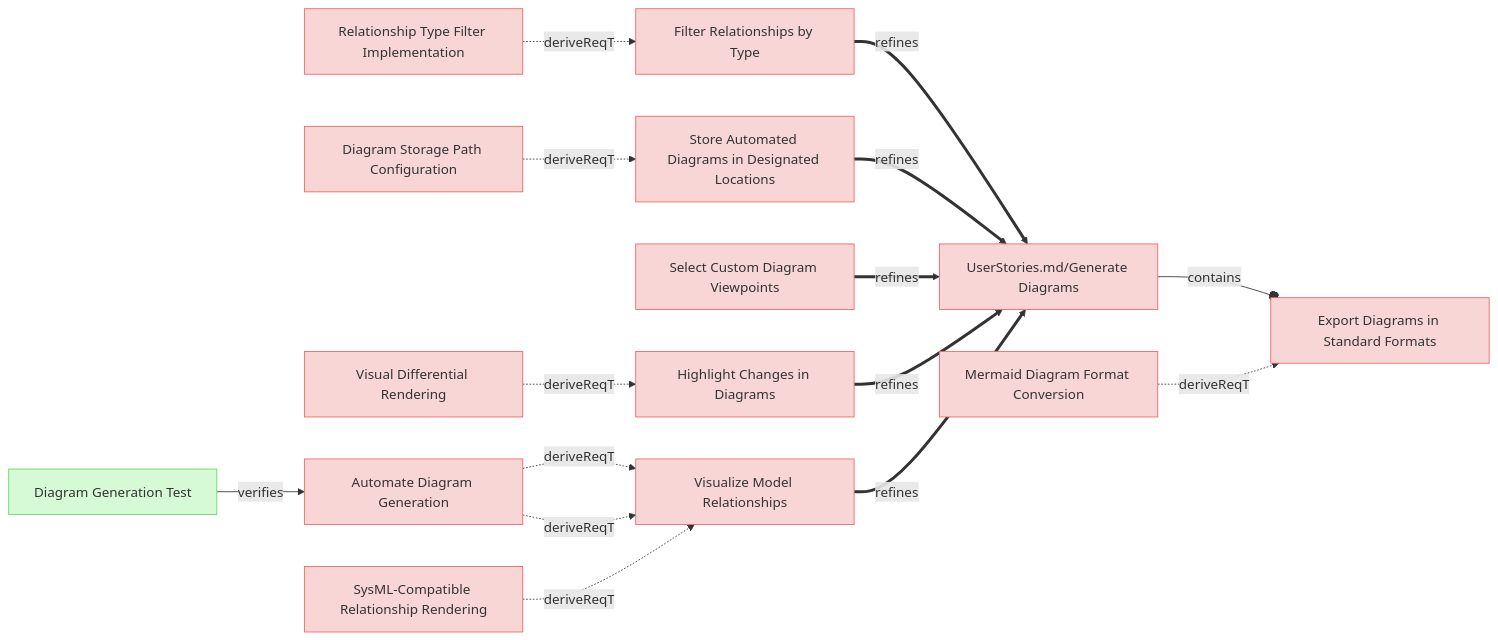
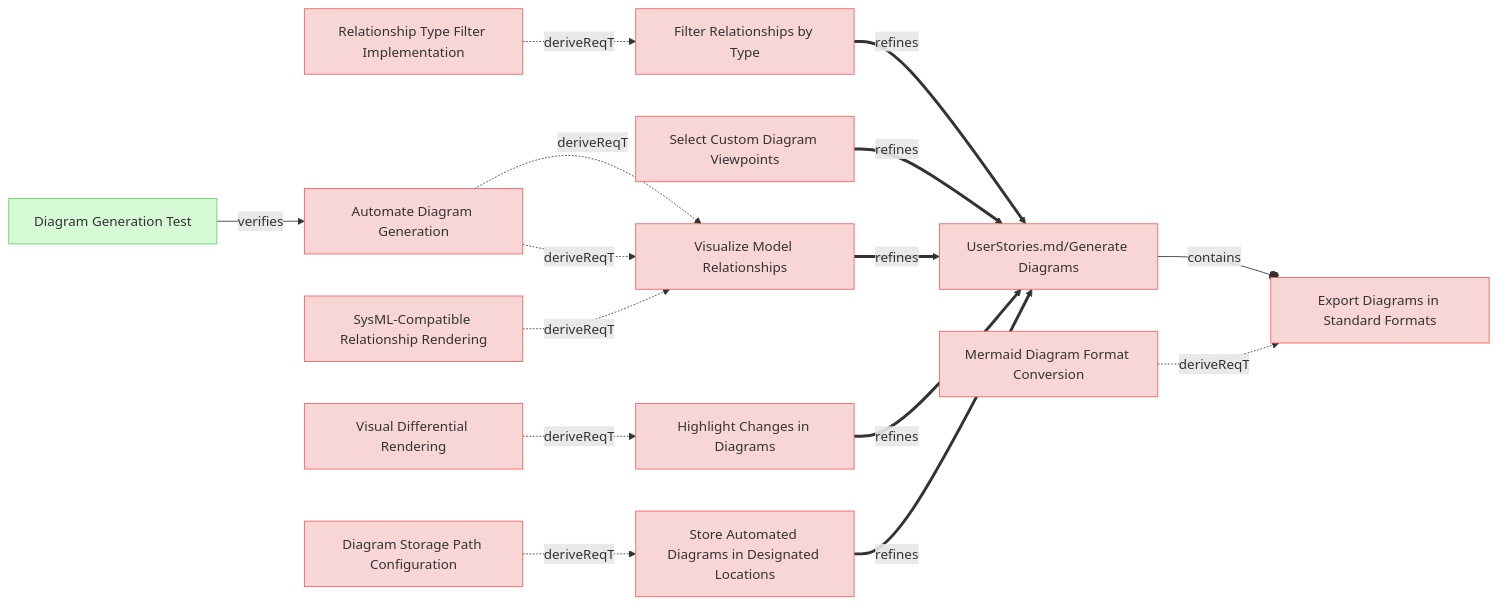
Before and after one commit to reqvire-org/reqvire: the first of 10 diagrams in specifications/UserRequirements.md, drawn with Mermaid. The commit also changed other lines of this file and 16 other files, not shown here.

````diff
--- a/specifications/UserRequirements.md
+++ b/specifications/UserRequirements.md
@@ -4,65 +4,65 @@
 ```mermaid
 graph LR;
   %% Graph styling
   classDef requirement fill:#f9d6d6,stroke:#f55f5f,stroke-width:1px;
   classDef verification fill:#d6f9d6,stroke:#5fd75f,stroke-width:1px;
   classDef externalLink fill:#d0e0ff,stroke:#3080ff,stroke-width:1px;
   classDef default fill:#f5f5f5,stroke:#333333,stroke-width:1px;
 
-  10c00a1bd1["Export Diagrams in Standard Formats"];
-  click 10c00a1bd1 "UserRequirements.md#export-diagrams-in-standard-formats";
-  class 10c00a1bd1 requirement;
+  30d97803eb["Filter Relationships by Type"];
+  click 30d97803eb "UserRequirements.md#filter-relationships-by-type";
+  class 30d97803eb requirement;
   cf0026c2fe["UserStories.md/Generate Diagrams"];
   class cf0026c2fe requirement;
   click cf0026c2fe "UserStories.md#generate-diagrams";
-  cf0026c2fe --o|contains| 10c00a1bd1;
-  a7ec66314a["Mermaid Diagram Format Conversion"];
-  class a7ec66314a requirement;
-  click a7ec66314a "SystemRequirements/Requirements.md#mermaid-diagram-format-conversion";
-  a7ec66314a -.->|deriveReqT| 10c00a1bd1;
-  30d97803eb["Filter Relationships by Type"];
-  click 30d97803eb "UserRequirements.md#filter-relationships-by-type";
-  class 30d97803eb requirement;
   30d97803eb ==>|refines| cf0026c2fe;
   1414e7f889["Relationship Type Filter Implementation"];
   class 1414e7f889 requirement;
   click 1414e7f889 "SystemRequirements/Requirements.md#relationship-type-filter-implementation";
   1414e7f889 -.->|deriveReqT| 30d97803eb;
   81f9235ded["Automate Diagram Generation"];
   click 81f9235ded "UserRequirements.md#automate-diagram-generation";
   class 81f9235ded requirement;
   a6a8362836["Visualize Model Relationships"];
   class a6a8362836 requirement;
   click a6a8362836 "UserRequirements.md#visualize-model-relationships";
   81f9235ded -.->|deriveReqT| a6a8362836;
   b95c73d7b3["Diagram Generation Test"];
   class b95c73d7b3 verification;
   click b95c73d7b3 "Verifications/DiagramsTests.md#diagram-generation-test";
   b95c73d7b3 -->|verifies| 81f9235ded;
+  30053341d8["Select Custom Diagram Viewpoints"];
+  click 30053341d8 "UserRequirements.md#select-custom-diagram-viewpoints";
+  class 30053341d8 requirement;
+  30053341d8 ==>|refines| cf0026c2fe;
+  10c00a1bd1["Export Diagrams in Standard Formats"];
+  click 10c00a1bd1 "UserRequirements.md#export-diagrams-in-standard-formats";
+  class 10c00a1bd1 requirement;
+  cf0026c2fe --o|contains| 10c00a1bd1;
+  a7ec66314a["Mermaid Diagram Format Conversion"];
+  class a7ec66314a requirement;
+  click a7ec66314a "SystemRequirements/Requirements.md#mermaid-diagram-format-conversion";
+  a7ec66314a -.->|deriveReqT| 10c00a1bd1;
+  a6a8362836 ==>|refines| cf0026c2fe;
+  81f9235ded -.->|deriveReqT| a6a8362836;
+  c826c1ee7c["SysML-Compatible Relationship Rendering"];
+  class c826c1ee7c requirement;
+  click c826c1ee7c "SystemRequirements/Requirements.md#sysml-compatible-relationship-rendering";
+  c826c1ee7c -.->|deriveReqT| a6a8362836;
+  fd7388e379["Highlight Changes in Diagrams"];
+  click fd7388e379 "UserRequirements.md#highlight-changes-in-diagrams";
+  class fd7388e379 requirement;
+  fd7388e379 ==>|refines| cf0026c2fe;
+  9860815d52["Visual Differential Rendering"];
+  class 9860815d52 requirement;
+  click 9860815d52 "SystemRequirements/Requirements.md#visual-differential-rendering";
+  9860815d52 -.->|deriveReqT| fd7388e379;
   aee397f35b["Store Automated Diagrams in Designated Locations"];
   click aee397f35b "UserRequirements.md#store-automated-diagrams-in-designated-locations";
   class aee397f35b requirement;
   aee397f35b ==>|refines| cf0026c2fe;
   191d27287e["Diagram Storage Path Configuration"];
   class 191d27287e requirement;
   click 191d27287e "SystemRequirements/Requirements.md#diagram-storage-path-configuration";
   191d27287e -.->|deriveReqT| aee397f35b;
-  30053341d8["Select Custom Diagram Viewpoints"];
-  click 30053341d8 "UserRequirements.md#select-custom-diagram-viewpoints";
-  class 30053341d8 requirement;
-  30053341d8 ==>|refines| cf0026c2fe;
-  fd7388e379["Highlight Changes in Diagrams"];
-  click fd7388e379 "UserRequirements.md#highlight-changes-in-diagrams";
-  class fd7388e379 requirement;
-  fd7388e379 ==>|refines| cf0026c2fe;
-  9860815d52["Visual Differential Rendering"];
-  class 9860815d52 requirement;
-  click 9860815d52 "SystemRequirements/Requirements.md#visual-differential-rendering";
-  9860815d52 -.->|deriveReqT| fd7388e379;
-  a6a8362836 ==>|refines| cf0026c2fe;
-  81f9235ded -.->|deriveReqT| a6a8362836;
-  c826c1ee7c["SysML-Compatible Relationship Rendering"];
-  class c826c1ee7c requirement;
-  click c826c1ee7c "SystemRequirements/Requirements.md#sysml-compatible-relationship-rendering";
-  c826c1ee7c -.->|deriveReqT| a6a8362836;
 ```
````
